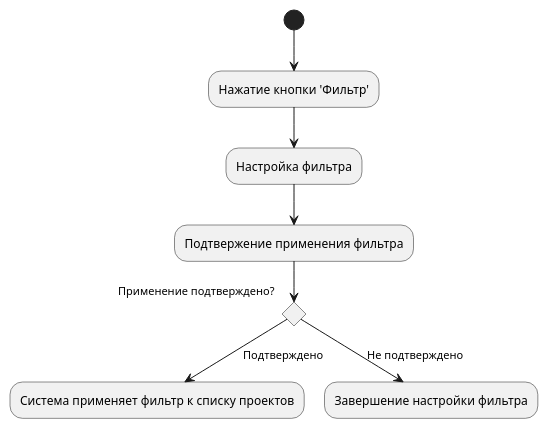
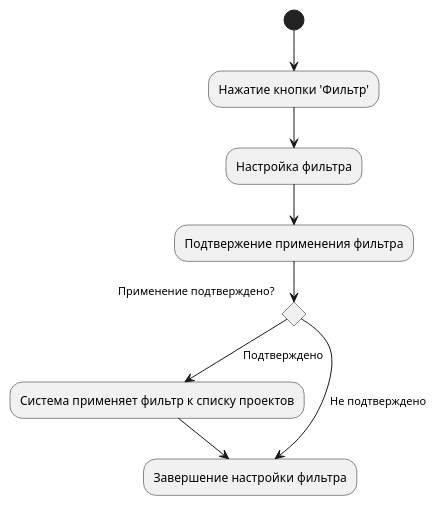
The diagram in diagrams/activity/projectFiltration.puml (D1aI3L0/Projects-Manager), drawn with PlantUML before and after one commit. The commit also changed 2 other files, not shown here.

Commit message:
Edited: activity diagram

```diff
--- a/diagrams/activity/projectFiltration.puml
+++ b/diagrams/activity/projectFiltration.puml
@@ -1,10 +1,11 @@
 @startuml
 (*) --> "Нажатие кнопки 'Фильтр'"
 --> "Настройка фильтра"
 --> "Подтвержение применения фильтра"
 if "Применение подтверждено?" then
   --> [Подтверждено] "Система применяет фильтр к списку проектов"
+  --> "Завершение настройки фильтра"
 else
   --> [Не подтверждено] "Завершение настройки фильтра"
 endif
 @enduml
```
